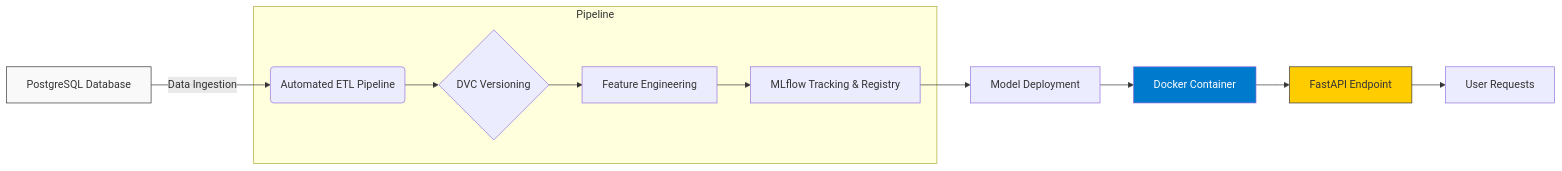
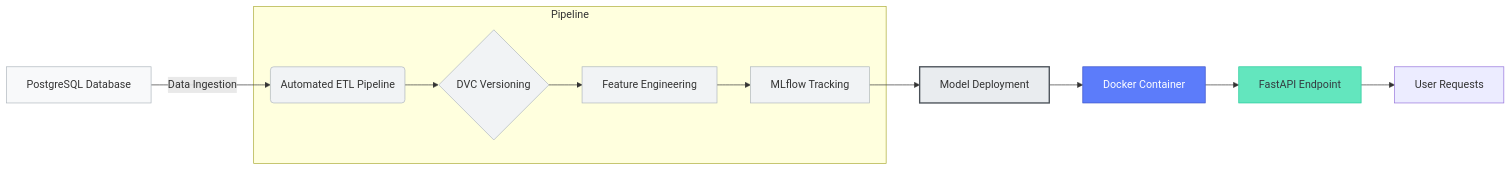
The diagram in README.md (ARYA-RAY-0/machine-learning-project), drawn with Mermaid before and after one commit. The commit also changed other lines of this file, not shown here.

Commit message:
Revise README for diagram styles and headings
Updated styling in the diagram and improved section headings for clarity.

````diff
--- a/README.md
+++ b/README.md
@@ -6,16 +6,22 @@
 ```mermaid
 graph LR
     A[PostgreSQL Database] -->|Data Ingestion| B(Automated ETL Pipeline)
     subgraph Pipeline
     B --> C{DVC Versioning}
     C --> D[Feature Engineering]
-    D --> E[MLflow Tracking & Registry]
+    D --> E[MLflow Tracking]
     end
     E --> F[Model Deployment]
     F --> G[Docker Container]
     G --> H[FastAPI Endpoint]
     H --> I[User Requests]
-    style A fill:#f9f9f9,stroke:#333
-    style G fill:#007acc,color:#fff
-    style H fill:#ffcc00,stroke:#333
+    
+    style A fill:#f8f9fa,stroke:#adb5bd,stroke-width:1px
+    style B fill:#f1f3f5,stroke:#adb5bd,stroke-width:1px
+    style C fill:#f1f3f5,stroke:#adb5bd,stroke-width:1px
+    style D fill:#f1f3f5,stroke:#adb5bd,stroke-width:1px
+    style E fill:#f1f3f5,stroke:#adb5bd,stroke-width:1px
+    style F fill:#e9ecef,stroke:#495057,stroke-width:2px
+    style G fill:#5c7cfa,stroke:#364fc7,stroke-width:1px,color:#fff
+    style H fill:#63e6be,stroke:#20c997,stroke-width:1px,color:#343a40
 ```
````
